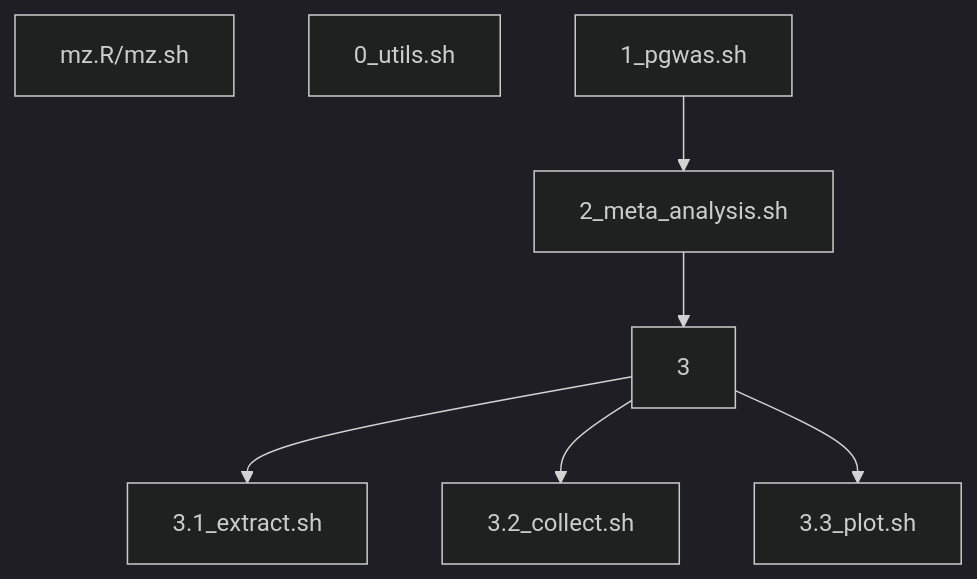
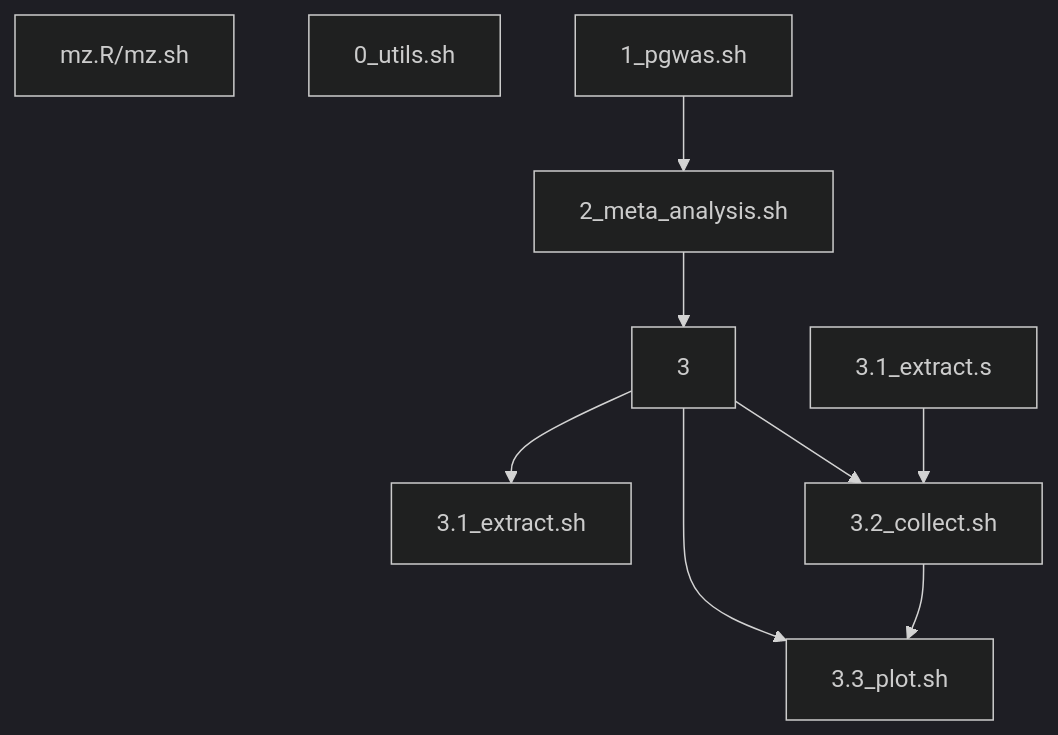
Before and after one commit to jinghuazhao/Caprion: the diagram in peptide_progs/README.md, drawn with Mermaid (dark theme). The commit also changed 2 other files, not shown here.

Commit message:
Analysis

````diff
--- a/peptide_progs/README.md
+++ b/peptide_progs/README.md
@@ -9,15 +9,16 @@
 ```mermaid
 graph TD;
 mz.R/mz.sh
 0_utils.sh
 1_pgwas.sh
 2_meta_analysis.sh
 3
 3.1_extract.sh
 3.2_collect.sh
 3.3_plot.sh
 1_pgwas.sh --> 2_meta_analysis.sh --> 3
 3 --> 3.1_extract.sh
 3 --> 3.2_collect.sh
 3 --> 3.3_plot.sh
+3.1_extract.s --> 3.2_collect.sh --> 3.3_plot.sh
 ```
````
